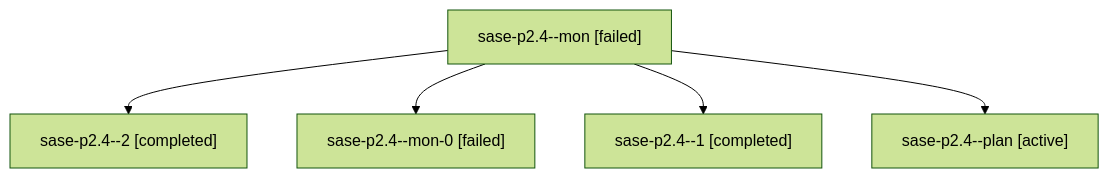
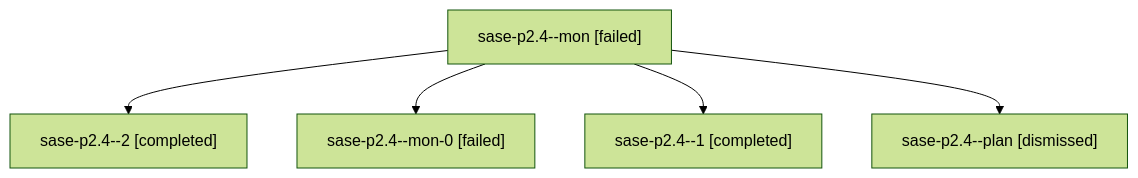
Before and after one commit to sase-org/sase--agents: the diagram in sessions/bbugyi200.athena.sase-p2.4.md, drawn with Mermaid (forest theme). The commit also changed other lines of this file and 206 other files, not shown here.

````diff
--- a/sessions/bbugyi200.athena.sase-p2.4.md
+++ b/sessions/bbugyi200.athena.sase-p2.4.md
@@ -9,12 +9,12 @@
 ```mermaid
 flowchart TD
   n0["sase-p2.4--mon [failed]"]
   n1["sase-p2.4--2 [completed]"]
   n0 --> n1
   n2["sase-p2.4--mon-0 [failed]"]
   n0 --> n2
   n3["sase-p2.4--1 [completed]"]
   n0 --> n3
-  n4["sase-p2.4--plan [active]"]
+  n4["sase-p2.4--plan [dismissed]"]
   n0 --> n4
 ```
````
